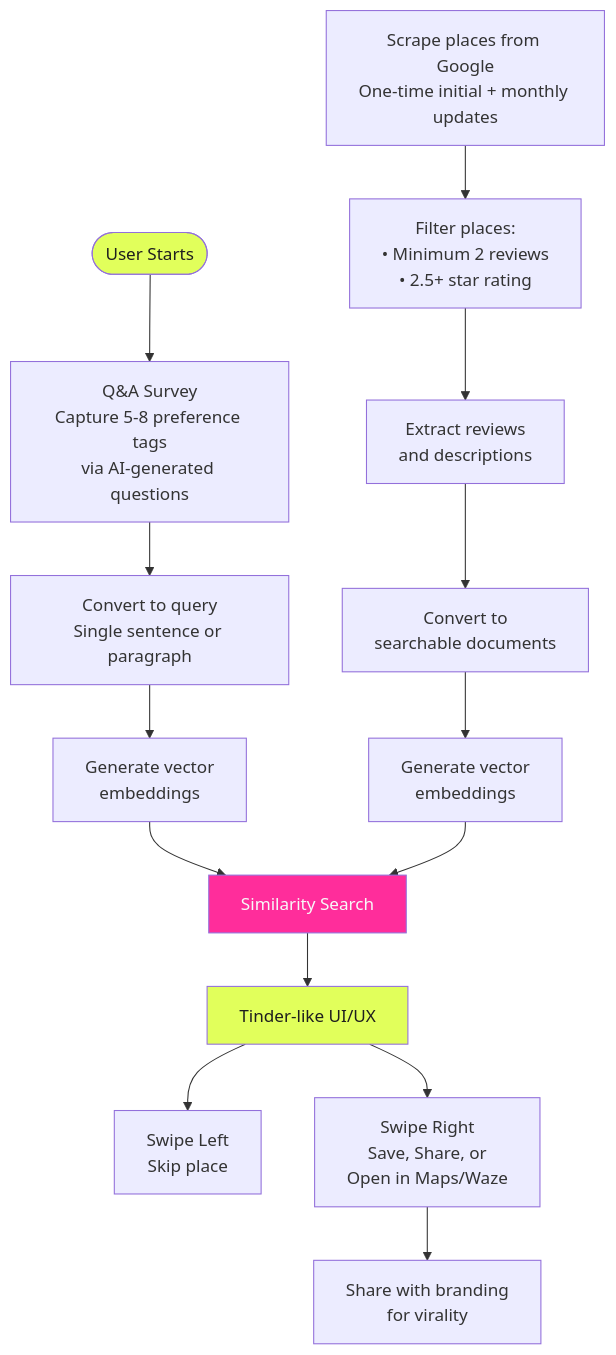
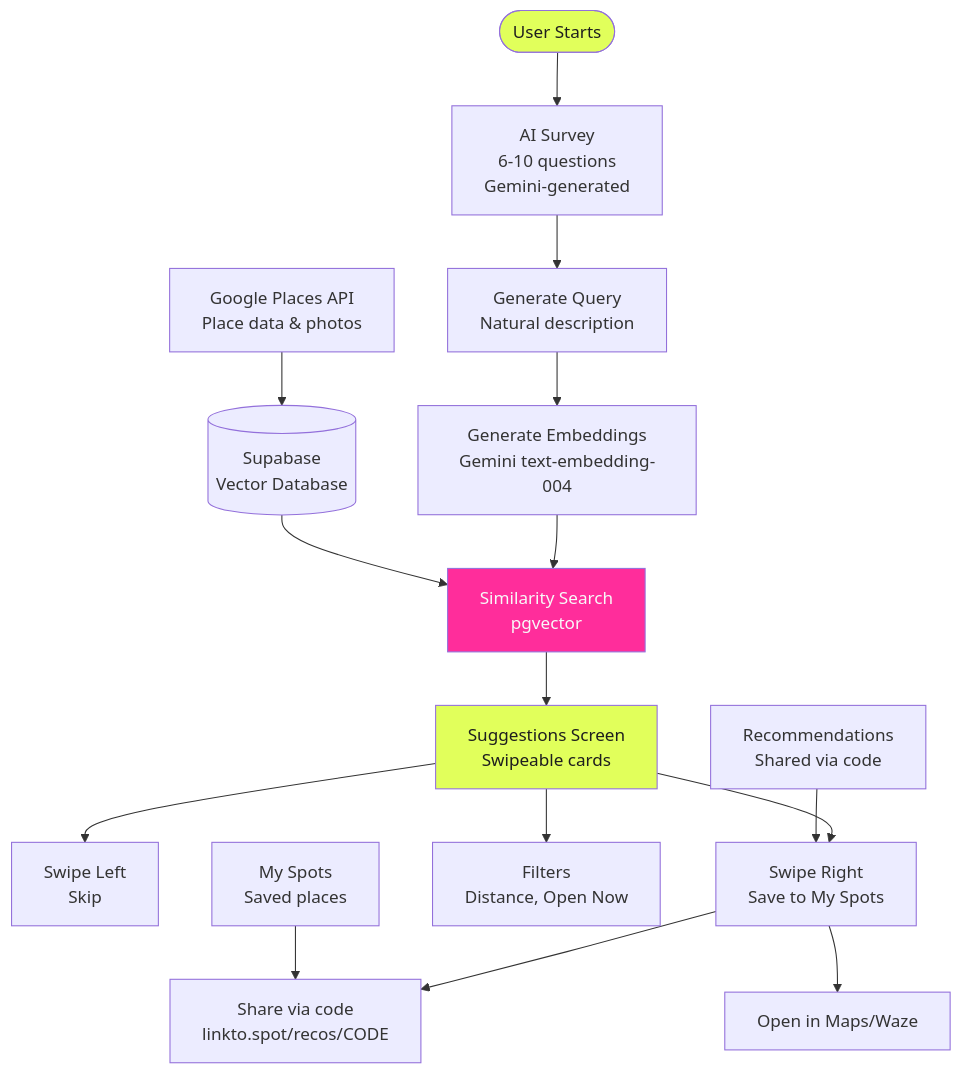
The diagram in README.md (carlxrosales/spot), drawn with Mermaid before and after one commit. The commit also changed other lines of this file, not shown here.

````diff
--- a/README.md
+++ b/README.md
@@ -13,24 +13,24 @@
 ```mermaid
 flowchart TD
-    Start([User Starts]) --> Q&A[Q&A Survey<br/>Capture 5-8 preference tags<br/>via AI-generated questions]
+    Start([User Starts]) --> Survey[AI Survey<br/>6-10 questions<br/>Gemini-generated]
+    Survey --> Query[Generate Query<br/>Natural description]
+    Query --> Embedding[Generate Embeddings<br/>Gemini text-embedding-004]
 
-    Q&A --> ConvertQuery[Convert to query<br/>Single sentence or paragraph]
-    ConvertQuery --> UserVectors[Generate vector<br/>embeddings]
+    Places[Google Places API<br/>Place data & photos] --> DB[(Supabase<br/>Vector Database)]
+    Embedding --> Similarity[Similarity Search<br/>pgvector]
+    DB --> Similarity
 
-    Scrape[Scrape places from Google<br/>One-time initial + monthly updates] --> Filter[Filter places:<br/>• Minimum 2 reviews<br/>• 2.5+ star rating]
-    Filter --> GetReviews[Extract reviews<br/>and descriptions]
-    GetReviews --> ConvertDocs[Convert to<br/>searchable documents]
-    ConvertDocs --> PlaceVectors[Generate vector<br/>embeddings]
+    Similarity --> Suggestions[Suggestions Screen<br/>Swipeable cards]
+    Suggestions --> SwipeLeft[Swipe Left<br/>Skip]
+    Suggestions --> SwipeRight[Swipe Right<br/>Save to My Spots]
+    SwipeRight --> Share[Share via code<br/>linkto.spot/recos/CODE]
+    SwipeRight --> Maps[Open in Maps/Waze]
 
-    UserVectors --> Similarity[Similarity Search]
-    PlaceVectors --> Similarity
-
-    Similarity --> UI[Tinder-like UI/UX]
-    UI --> SwipeLeft[Swipe Left<br/>Skip place]
-    UI --> SwipeRight[Swipe Right<br/>Save, Share, or<br/>Open in Maps/Waze]
-    SwipeRight --> Share[Share with branding<br/>for virality]
+    Suggestions --> Filters[Filters<br/>Distance, Open Now]
+    MySpots[My Spots<br/>Saved places] --> Share
+    Recommendations[Recommendations<br/>Shared via code] --> SwipeRight
 
     style Start fill:#e1ff5b,color:#1e1e1e
     style Similarity fill:#ff2d9b,color:#f8f8f8
-    style UI fill:#e1ff5b,color:#1e1e1e
+    style Suggestions fill:#e1ff5b,color:#1e1e1e
 ```
````
